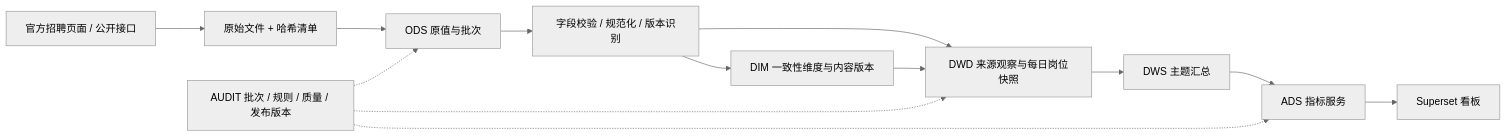
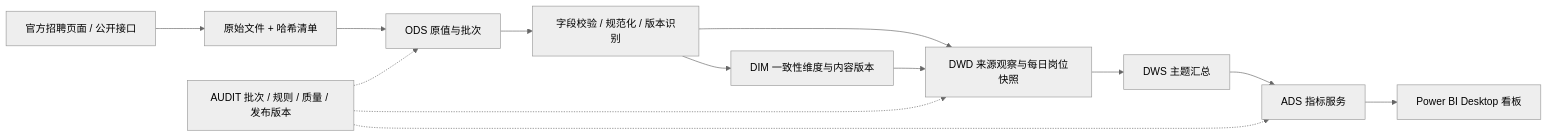
Before and after one commit to minxuanbo/data-warehouse-final-work: the first of 2 diagrams in docs/design/04_逻辑设计.md, drawn with Mermaid (neutral theme). The commit also changed other lines of this file and 6 other files, not shown here.

````diff
--- a/docs/design/04_逻辑设计.md
+++ b/docs/design/04_逻辑设计.md
@@ -7,15 +7,15 @@
 ```mermaid
 flowchart LR
     S[官方招聘页面 / 公开接口] --> R[原始文件 + 哈希清单]
     R --> O[ODS 原值与批次]
     O --> C[字段校验 / 规范化 / 版本识别]
     C --> M[DIM 一致性维度与内容版本]
     C --> W[DWD 来源观察与每日岗位快照]
     M --> W
     W --> U[DWS 主题汇总]
     U --> A[ADS 指标服务]
-    A --> B[Superset 看板]
+    A --> B[Power BI Desktop 看板]
     Q[AUDIT 批次 / 规则 / 质量 / 发布版本] -.-> O
     Q -.-> W
     Q -.-> A
 ```
````
